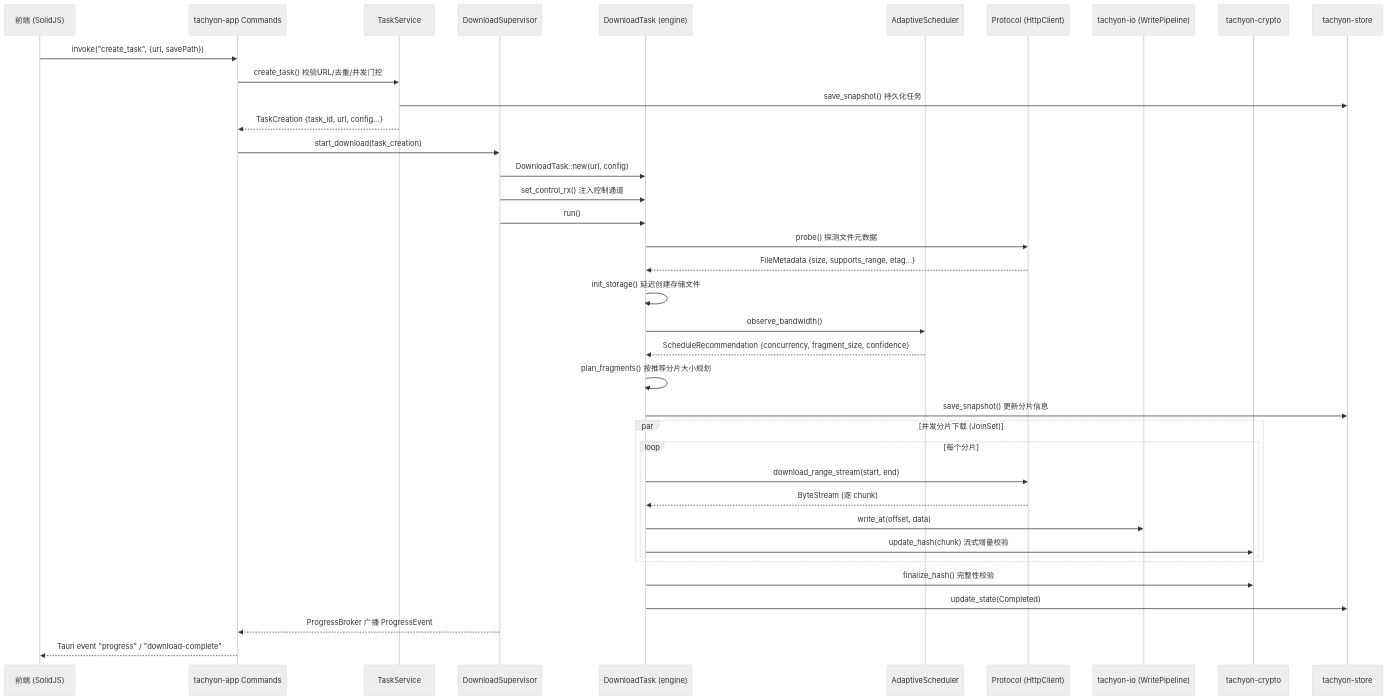
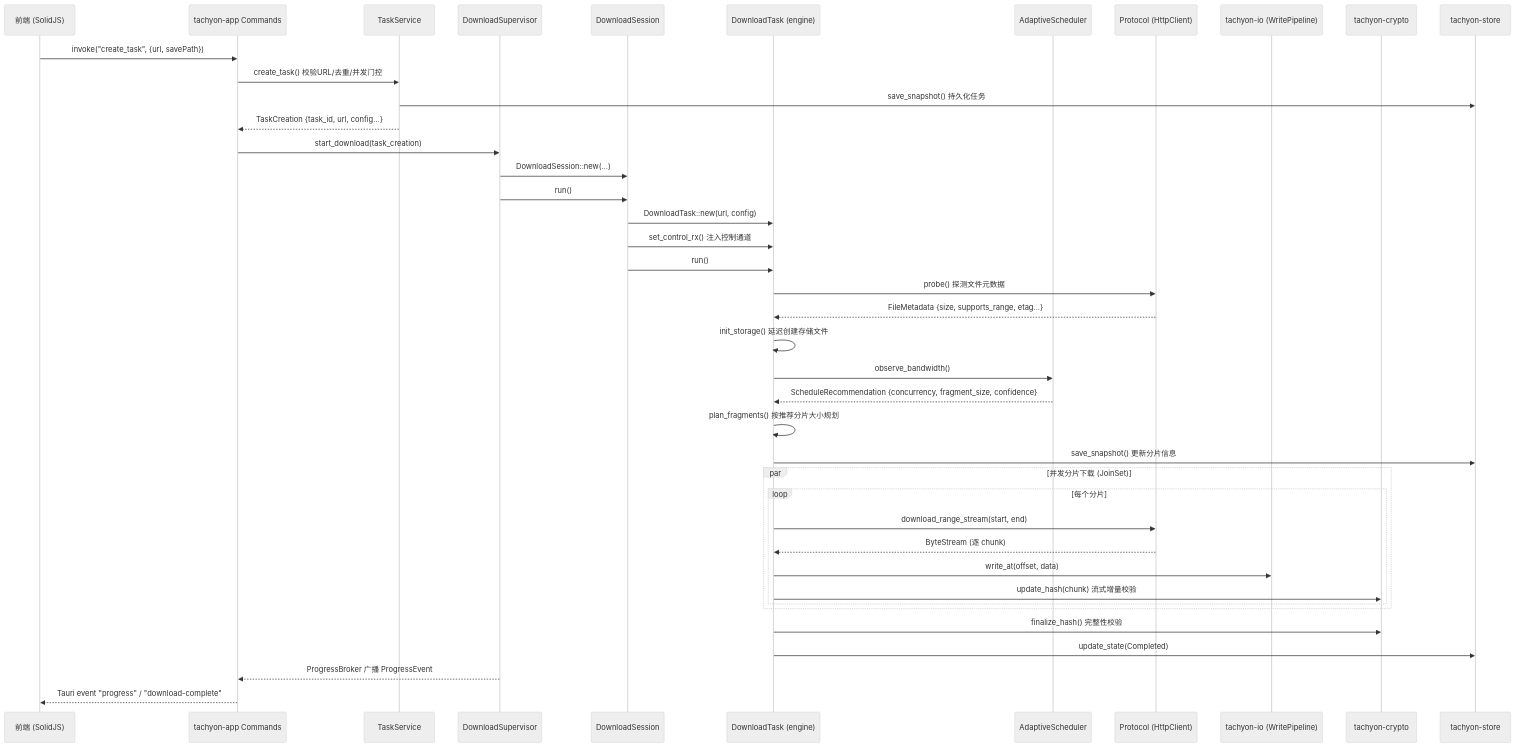
One commit to baiye2941/Tachyon changed the fourth of 7 diagrams in README.md. Above: the diagram before and after it, drawn with Mermaid (neutral theme). The commit also changed other lines of this file and 10 other files, not shown here.

````diff
--- a/README.md
+++ b/README.md
@@ -262,46 +247,50 @@
 ```mermaid
 sequenceDiagram
     participant FE as 前端 (SolidJS)
     participant CMD as tachyon-app Commands
     participant SVC as TaskService
     participant SUP as DownloadSupervisor
+    participant SESS as DownloadSession
     participant DT as DownloadTask (engine)
     participant SCH as AdaptiveScheduler
     participant PROTO as Protocol (HttpClient)
     participant IO as tachyon-io (WritePipeline)
     participant VERIFY as tachyon-crypto
     participant STORE as tachyon-store
 
     FE->>CMD: invoke("create_task", {url, savePath})
     CMD->>SVC: create_task() 校验URL/去重/并发门控
     SVC->>STORE: save_snapshot() 持久化任务
     SVC-->>CMD: TaskCreation {task_id, url, config...}
     CMD->>SUP: start_download(task_creation)
-    SUP->>DT: DownloadTask::new(url, config)
-    SUP->>DT: set_control_rx() 注入控制通道
-    SUP->>DT: run()
+    SUP->>SESS: DownloadSession::new(...)
+    SUP->>SESS: run()
+
+    SESS->>DT: DownloadTask::new(url, config)
+    SESS->>DT: set_control_rx() 注入控制通道
+    SESS->>DT: run()
 
     DT->>PROTO: probe() 探测文件元数据
     PROTO-->>DT: FileMetadata {size, supports_range, etag...}
 
     DT->>DT: init_storage() 延迟创建存储文件
     DT->>SCH: observe_bandwidth()
     SCH-->>DT: ScheduleRecommendation {concurrency, fragment_size, confidence}
 
     DT->>DT: plan_fragments() 按推荐分片大小规划
     DT->>STORE: save_snapshot() 更新分片信息
 
     par 并发分片下载 (JoinSet)
         loop 每个分片
             DT->>PROTO: download_range_stream(start, end)
             PROTO-->>DT: ByteStream (逐 chunk)
             DT->>IO: write_at(offset, data)
             DT->>VERIFY: update_hash(chunk) 流式增量校验
         end
     end
 
     DT->>VERIFY: finalize_hash() 完整性校验
     DT->>STORE: update_state(Completed)
     SUP-->>CMD: ProgressBroker 广播 ProgressEvent
     CMD-->>FE: Tauri event "progress" / "download-complete"
 ```
````
